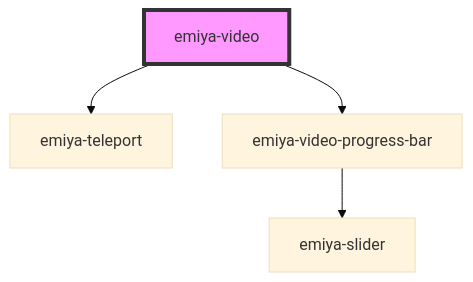
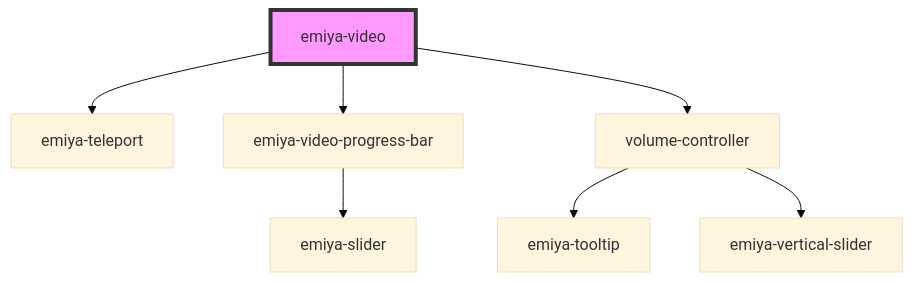
Before and after one commit to emiyalee1005/emiya-video: the diagram in src/components/emiya-video/readme.md, drawn with Mermaid (base theme). The commit also changed other lines of this file and 18 other files, not shown here.

````diff
--- a/src/components/emiya-video/readme.md
+++ b/src/components/emiya-video/readme.md
@@ -23,7 +24,10 @@
 ```mermaid
 graph TD;
   emiya-video --> emiya-teleport
   emiya-video --> emiya-video-progress-bar
+  emiya-video --> volume-controller
   emiya-video-progress-bar --> emiya-slider
+  volume-controller --> emiya-tooltip
+  volume-controller --> emiya-vertical-slider
   style emiya-video fill:#f9f,stroke:#333,stroke-width:4px
 ```
````
